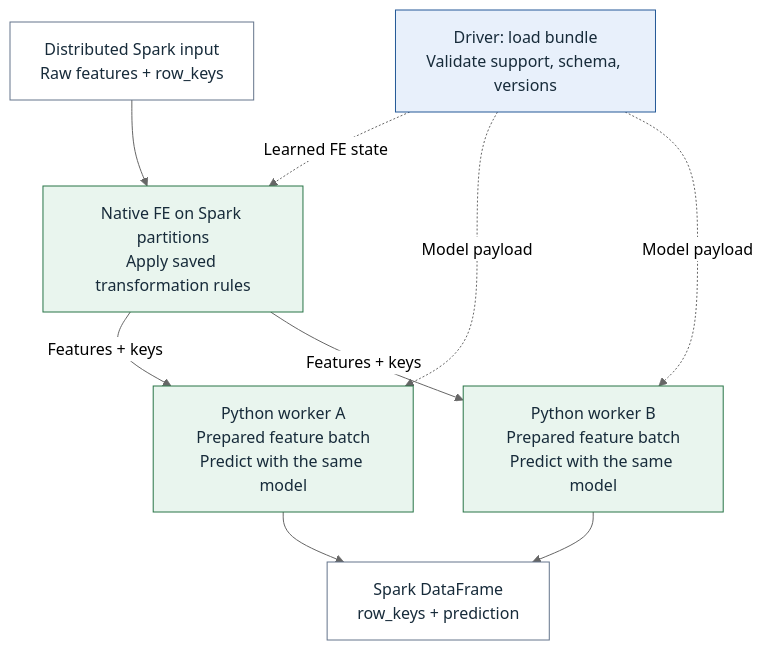
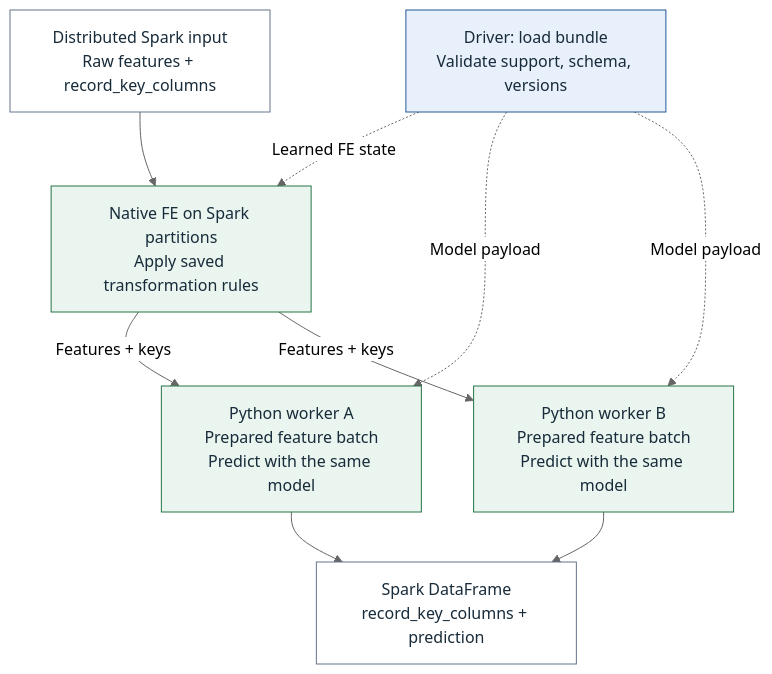
Before and after one commit to flyingriverhorse/Skyulf: the diagram in docs/assets/diagrams/inference/spark_native.mmd, drawn with Mermaid (neutral theme). The commit also changed 64 other files, not shown here.

Commit message:
refactor: use direct record and result column names

```diff
--- a/docs/assets/diagrams/inference/spark_native.mmd
+++ b/docs/assets/diagrams/inference/spark_native.mmd
@@ -1,20 +1,20 @@
 flowchart TD
     accTitle: Available native Spark FE and Python model inference
     accDescr: Spark data stays distributed. Saved FE rules execute as native Spark expressions; prepared feature batches reach the same Python model on workers.
     bundle["Driver: load bundle<br/>Validate support, schema, versions"]:::check
-    raw["Distributed Spark input<br/>Raw features + row_keys"]:::plain
+    raw["Distributed Spark input<br/>Raw features + record_key_columns"]:::plain
     fe["Native FE on Spark partitions<br/>Apply saved transformation rules"]:::work
     a["Python worker A<br/>Prepared feature batch<br/>Predict with the same model"]:::work
     b["Python worker B<br/>Prepared feature batch<br/>Predict with the same model"]:::work
-    result["Spark DataFrame<br/>row_keys + prediction"]:::plain
+    result["Spark DataFrame<br/>record_key_columns + prediction"]:::plain
     raw --> fe
     bundle -.->|"Learned FE state"| fe
     bundle -.->|"Model payload"| a
     bundle -.->|"Model payload"| b
     fe -->|"Features + keys"| a
     fe -->|"Features + keys"| b
     a --> result
     b --> result
     classDef plain fill:#ffffff,stroke:#64748b,color:#172b3a
     classDef check fill:#e8f0fb,stroke:#245997,color:#172b3a
     classDef work fill:#e9f5ee,stroke:#287447,color:#172b3a
```
